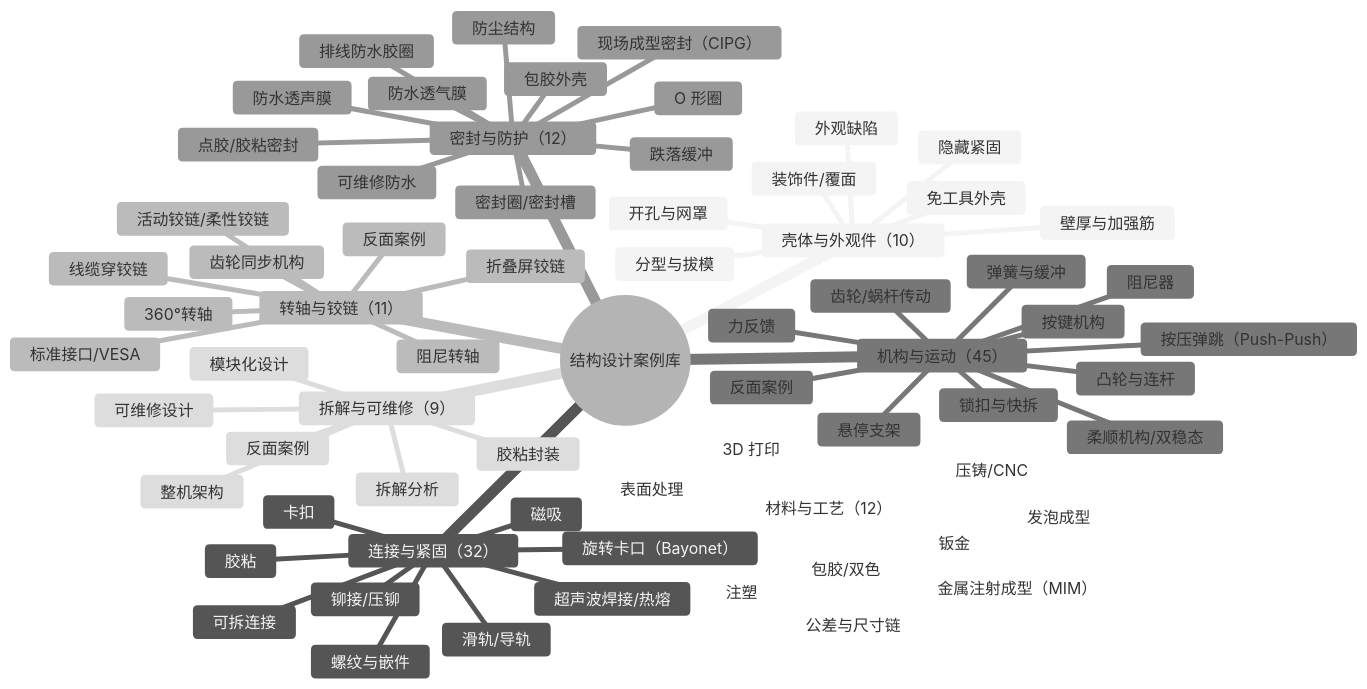
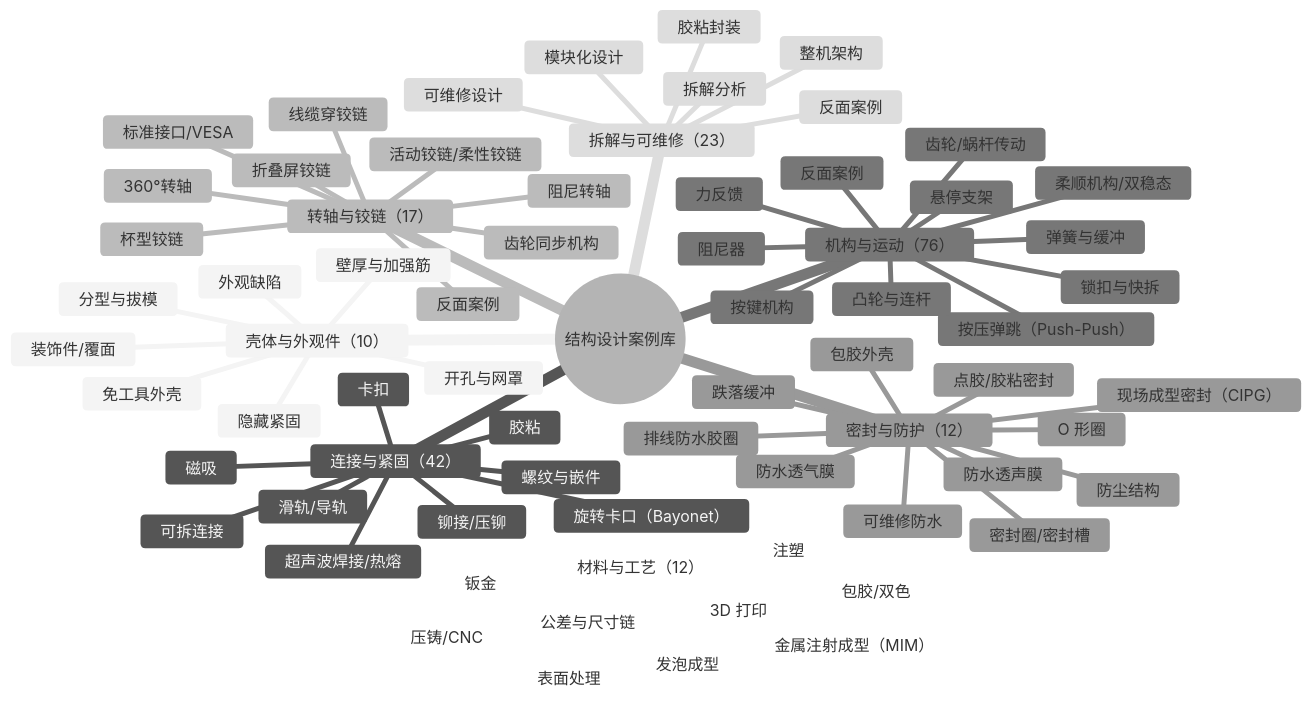
The diagram in vault/首页.md (cat266816/structure-case-library), drawn with Mermaid (neutral theme) before and after one commit. The commit also changed other lines of this file and 467 other files, not shown here.

````diff
--- a/vault/首页.md
+++ b/vault/首页.md
@@ -40,72 +40,73 @@
 ```mermaid
 mindmap
   root((结构设计案例库))
     壳体与外观件（10）
       分型与拔模
       壁厚与加强筋
       免工具外壳
       隐藏紧固
       装饰件/覆面
       开孔与网罩
       外观缺陷
-    连接与紧固（32）
+    连接与紧固（42）
       卡扣
       螺纹与嵌件
       旋转卡口（Bayonet）
       滑轨/导轨
       磁吸
       胶粘
       超声波焊接/热熔
       铆接/压铆
       可拆连接
-    转轴与铰链（11）
+    转轴与铰链（17）
       阻尼转轴
       折叠屏铰链
       360°转轴
       活动铰链/柔性铰链
       齿轮同步机构
       线缆穿铰链
       标准接口/VESA
+      杯型铰链
       反面案例
-    机构与运动（45）
+    机构与运动（76）
       按压弹跳（Push-Push）
       锁扣与快拆
       齿轮/蜗杆传动
       凸轮与连杆
       弹簧与缓冲
       柔顺机构/双稳态
       力反馈
       阻尼器
       按键机构
       悬停支架
       反面案例
     密封与防护（12）
       密封圈/密封槽
       O 形圈
       现场成型密封（CIPG）
       排线防水胶圈
       点胶/胶粘密封
       包胶外壳
       防水透气膜
       防水透声膜
       防尘结构
       跌落缓冲
       可维修防水
-    拆解与可维修（9）
+    拆解与可维修（23）
       拆解分析
       模块化设计
       可维修设计
       胶粘封装
       反面案例
       整机架构
     材料与工艺（12）
       注塑
       钣金
       压铸/CNC
       3D 打印
       包胶/双色
       表面处理
       金属注射成型（MIM）
       公差与尺寸链
       发泡成型
 ```
````
